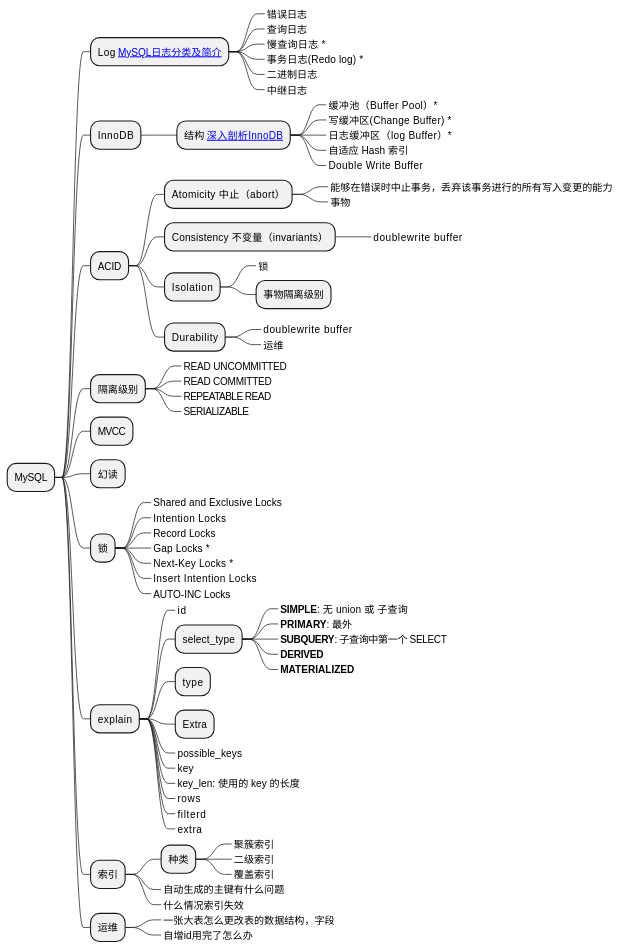
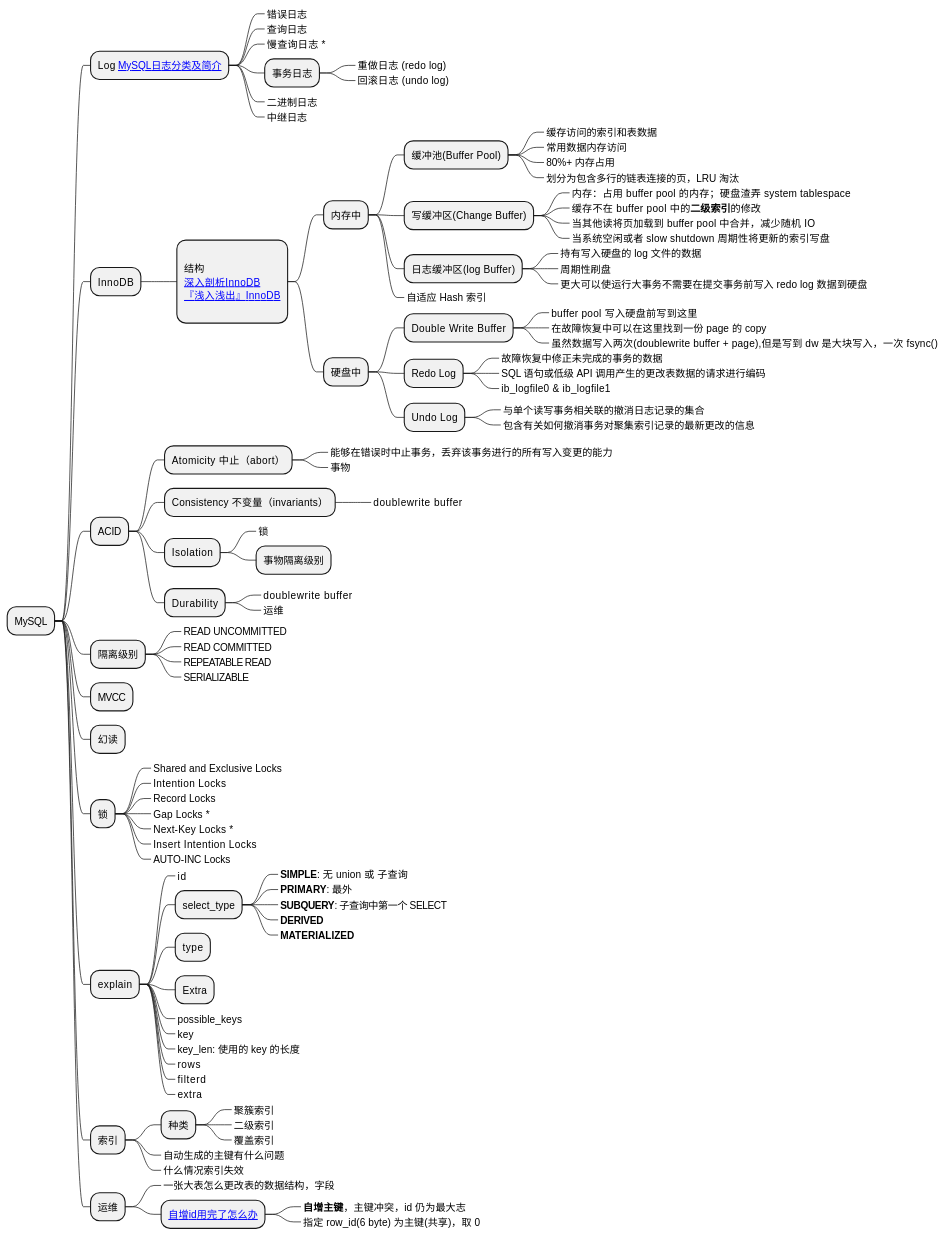
Before and after one commit to Gh0st99/Gh0st99.github.io: the third of 11 diagrams in _posts/2021-05-27-查漏补缺.md, drawn with PlantUML. The commit also changed other lines of this file and 1 other file, not shown here.

Commit message:
查漏补缺

````diff
--- a/_posts/2021-05-27-查漏补缺.md
+++ b/_posts/2021-05-27-查漏补缺.md
@@ -350,17 +361,47 @@
 ***_ 错误日志
 ***_ 查询日志
 ***_ 慢查询日志 *
-***_ 事务日志(Redo log) *
+*** 事务日志
+****_ 重做日志 (redo log)
+****_ 回滚日志 (undo log)
 ***_ 二进制日志
 ***_ 中继日志
 
 ** InnoDB
-*** 结构 [[https://zhuanlan.zhihu.com/p/235458760 深入剖析InnoDB]]
-****_ 缓冲池（Buffer Pool）*
-****_ 写缓冲区(Change Buffer) *
-****_ 日志缓冲区（log Buffer）*
-****_ 自适应 Hash 索引
-****_ Double Write Buffer
+***: 
+结构
+[[https://zhuanlan.zhihu.com/p/235458760 深入剖析InnoDB]] 
+[[https://draveness.me/mysql-innodb/ 『浅入浅出』InnoDB]]
+;
+**** 内存中
+***** 缓冲池(Buffer Pool)
+******_ 缓存访问的索引和表数据
+******_ 常用数据内存访问
+******_ 80%+ 内存占用
+******_ 划分为包含多行的链表连接的页，LRU 淘汰
+***** 写缓冲区(Change Buffer)
+******_ 内存：占用 buffer pool 的内存；硬盘渣弄 system tablespace
+******_ 缓存不在 buffer pool 中的**二级索引**的修改
+******_ 当其他读将页加载到 buffer pool 中合并，减少随机 IO
+******_ 当系统空闲或者 slow shutdown 周期性将更新的索引写盘
+***** 日志缓冲区(log Buffer)
+******_ 持有写入硬盘的 log 文件的数据
+******_ 周期性刷盘
+******_ 更大可以使运行大事务不需要在提交事务前写入 redo log 数据到硬盘
+*****_ 自适应 Hash 索引
+**** 硬盘中
+***** Double Write Buffer
+******_ buffer pool 写入硬盘前写到这里
+******_ 在故障恢复中可以在这里找到一份 page 的 copy
+******_ 虽然数据写入两次(doublewrite buffer + page),但是写到 dw 是大块写入，一次 fsync()
+***** Redo Log
+******_ 故障恢复中修正未完成的事务的数据
+******_ SQL 语句或低级 API 调用产生的更改表数据的请求进行编码
+******_ ib_logfile0 & ib_logfile1
+***** Undo Log
+******_ 与单个读写事务相关联的撤消日志记录的集合
+******_ 包含有关如何撤消事务对聚集索引记录的最新更改的信息
+
 
 ** ACID
 *** Atomicity 中止（abort）
@@ -426,7 +467,9 @@
 
 ** 运维
 ***_ 一张大表怎么更改表的数据结构，字段
-***_ 自增id用完了怎么办
+*** [[https://segmentfault.com/a/1190000023810042 自增id用完了怎么办]]
+****_ **自增主键**，主键冲突，id 仍为最大志
+****_ 指定 row_id(6 byte) 为主键(共享)，取 0
 
 @endmindmap
 ```
````
